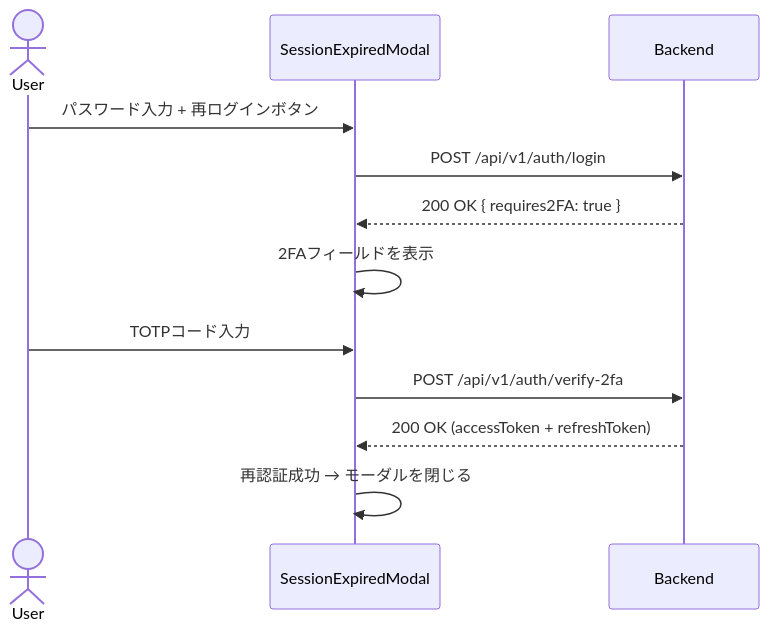
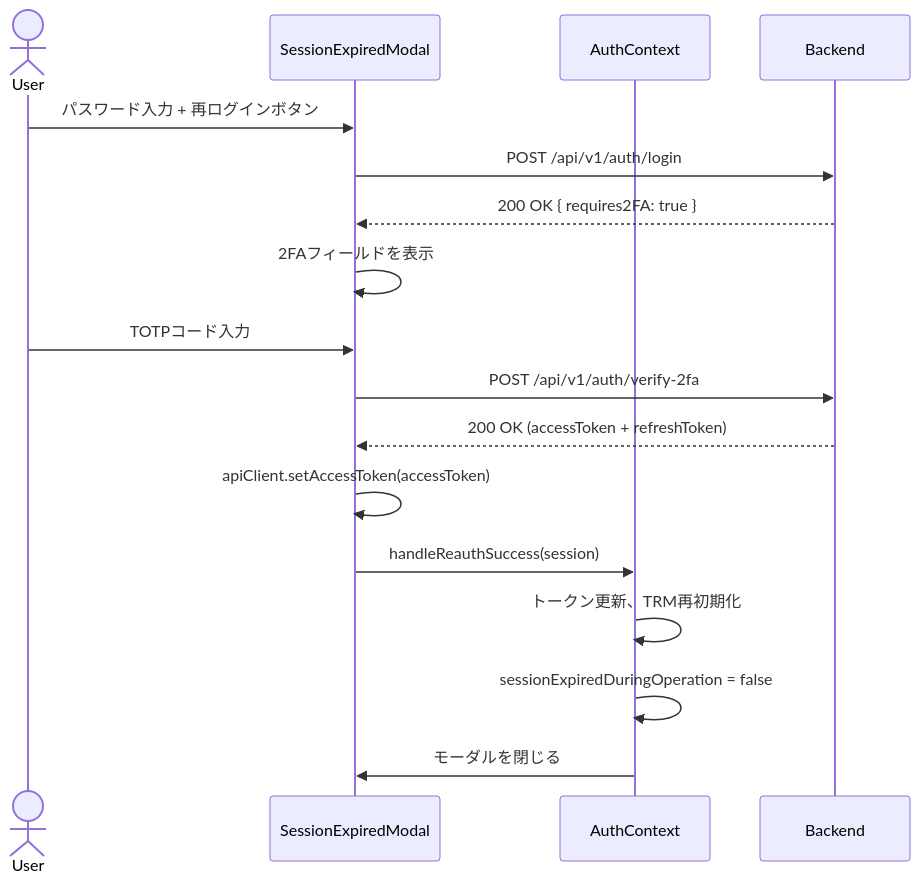
Before and after one commit to inakanou/ArchiTrack: diagram 11 of 16 in .kiro/specs/user-authentication/design.md, drawn with Mermaid. The commit also changed other lines of this file and 23 other files, not shown here.

````diff
--- a/.kiro/specs/user-authentication/design.md
+++ b/.kiro/specs/user-authentication/design.md
@@ -4811,16 +4812,21 @@
 ```mermaid
 sequenceDiagram
     actor User
     participant Modal as SessionExpiredModal
+    participant Auth as AuthContext
     participant BE as Backend
 
     User->>Modal: パスワード入力 + 再ログインボタン
     Modal->>BE: POST /api/v1/auth/login
     BE-->>Modal: 200 OK { requires2FA: true }
 
     Modal->>Modal: 2FAフィールドを表示
     User->>Modal: TOTPコード入力
     Modal->>BE: POST /api/v1/auth/verify-2fa
     BE-->>Modal: 200 OK (accessToken + refreshToken)
-    Modal->>Modal: 再認証成功 → モーダルを閉じる
+    Modal->>Modal: apiClient.setAccessToken(accessToken)
+    Modal->>Auth: handleReauthSuccess(session)
+    Auth->>Auth: トークン更新、TRM再初期化
+    Auth->>Auth: sessionExpiredDuringOperation = false
+    Auth->>Modal: モーダルを閉じる
 ```
````
